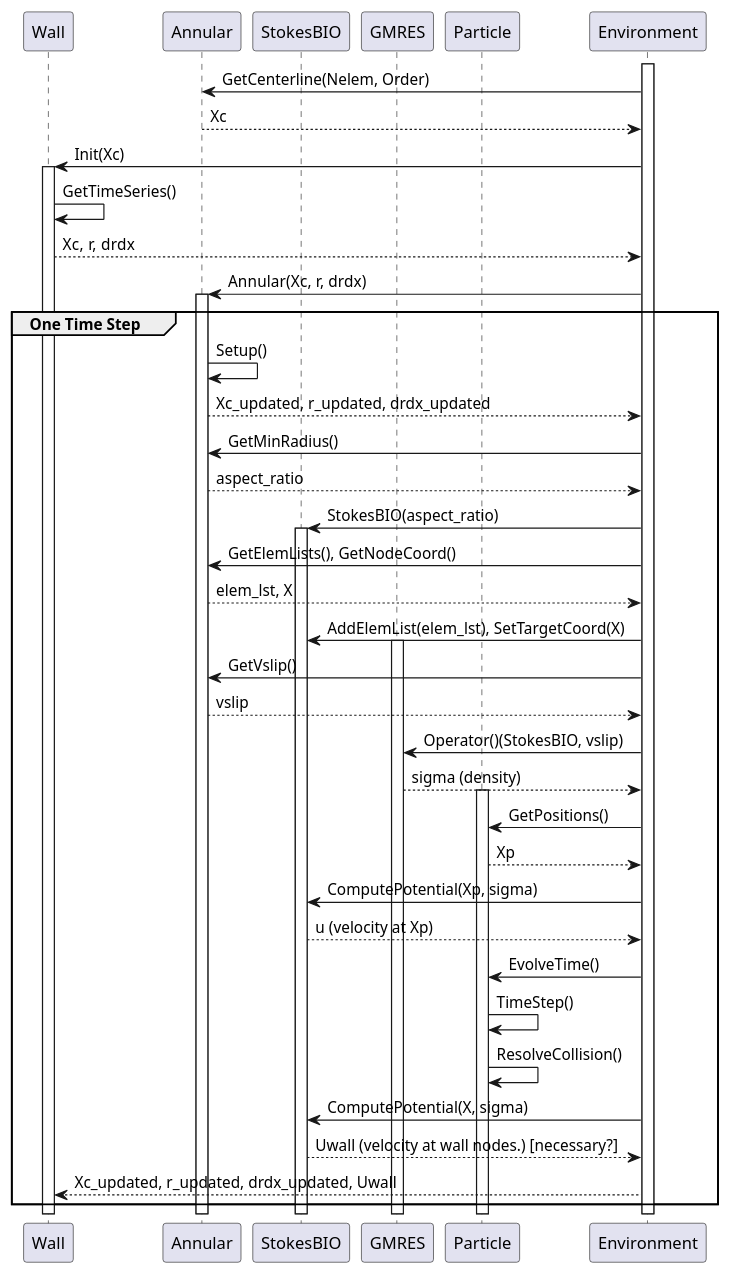
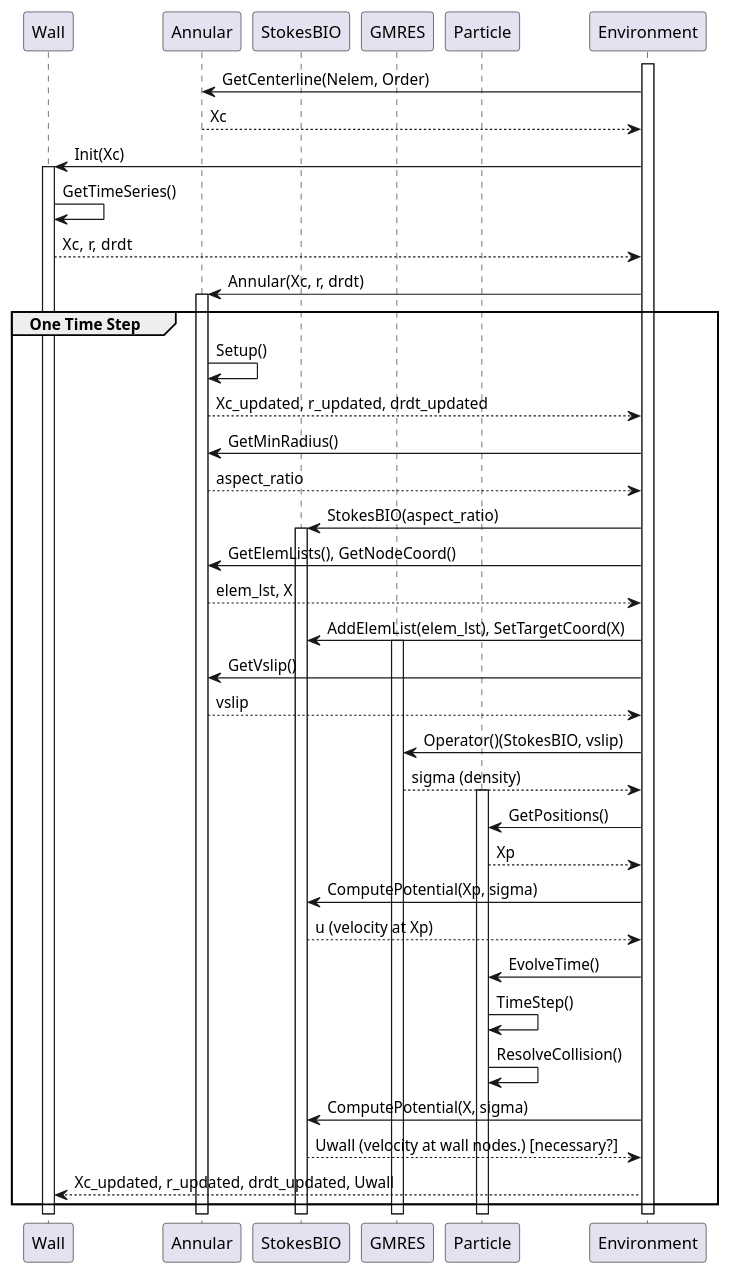
One commit to TianyueLi75/glymphbie changed the diagram in sequence_uml.puml. Above: the diagram before and after it, drawn with PlantUML. The commit also changed 7 other files, not shown here.

```diff
--- a/sequence_uml.puml
+++ b/sequence_uml.puml
@@ -1,63 +1,63 @@
 @startuml sequence_diagram
 
 participant Wall
 participant Annular
 participant StokesBIO
 participant GMRES
 participant Particle
 
 participant Environment
 activate Environment
 
 Environment -> Annular : GetCenterline(Nelem, Order)
 Annular --> Environment : Xc
 
 Environment -> Wall : Init(Xc)
 activate Wall
 
 Wall -> Wall : GetTimeSeries()
 
-Wall --> Environment : Xc, r, drdx
+Wall --> Environment : Xc, r, drdt
 
-Environment -> Annular : Annular(Xc, r, drdx)
+Environment -> Annular : Annular(Xc, r, drdt)
 activate Annular
 
 group One Time Step 
 
     Annular -> Annular : Setup()
 
-    Annular --> Environment : Xc_updated, r_updated, drdx_updated
+    Annular --> Environment : Xc_updated, r_updated, drdt_updated
 
     Environment -> Annular : GetMinRadius()
     Annular --> Environment : aspect_ratio
     Environment -> StokesBIO : StokesBIO(aspect_ratio)
     activate StokesBIO
 
     Environment -> Annular : GetElemLists(), GetNodeCoord()
     Annular --> Environment : elem_lst, X
     Environment -> StokesBIO : AddElemList(elem_lst), SetTargetCoord(X)
 
     activate GMRES
 
     Environment -> Annular : GetVslip()
     Annular --> Environment : vslip
     Environment -> GMRES : Operator()(StokesBIO, vslip)
     GMRES --> Environment : sigma (density)
 
     activate Particle
     Environment -> Particle : GetPositions()
     Particle --> Environment : Xp
     Environment -> StokesBIO : ComputePotential(Xp, sigma)
     StokesBIO --> Environment : u (velocity at Xp)
     Environment -> Particle : EvolveTime()
     Particle -> Particle : TimeStep()
     Particle -> Particle : ResolveCollision()
 
     Environment -> StokesBIO : ComputePotential(X, sigma)
     StokesBIO --> Environment : Uwall (velocity at wall nodes.) [necessary?]
 
-    Environment --> Wall : Xc_updated, r_updated, drdx_updated, Uwall
+    Environment --> Wall : Xc_updated, r_updated, drdt_updated, Uwall
 
 end
 
 @enduml
```
